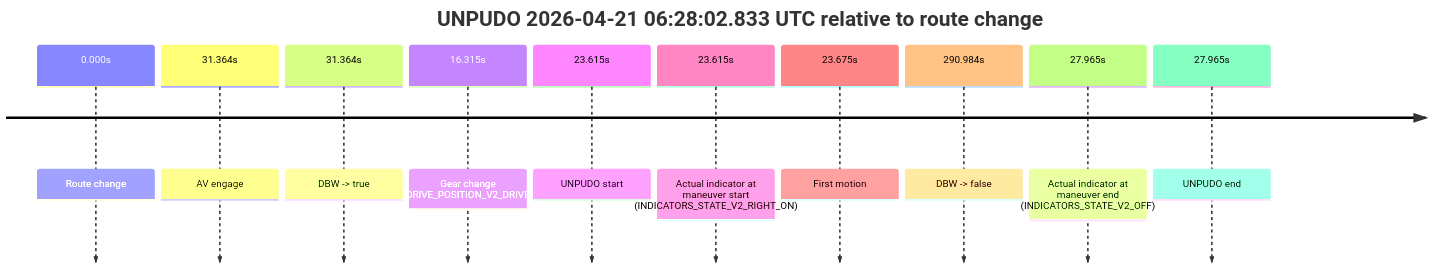
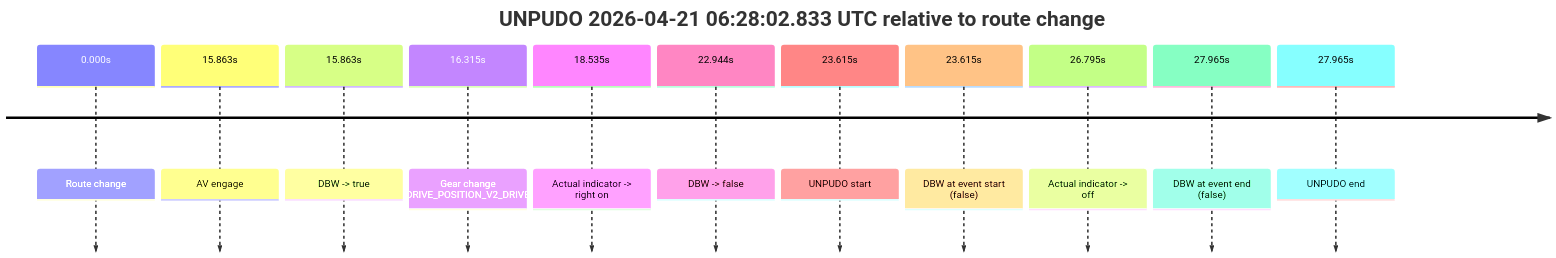
Before and after one commit to yoelshapiro/vault: the first of 4 diagrams in model_analysis/report_cards/2026/04/Week-4/fme20031--2026-04-21--06-19-02--gen2-av-be2ad99b-5967-471c-a413-80a21809f1a2.md, drawn with Mermaid. The commit also changed other lines of this file and 85 other files, not shown here.

````diff
--- a/model_analysis/report_cards/2026/04/Week-4/fme20031--2026-04-21--06-19-02--gen2-av-be2ad99b-5967-471c-a413-80a21809f1a2.md
+++ b/model_analysis/report_cards/2026/04/Week-4/fme20031--2026-04-21--06-19-02--gen2-av-be2ad99b-5967-471c-a413-80a21809f1a2.md
@@ -43,14 +44,15 @@
 ```mermaid
 timeline
     title UNPUDO 2026-04-21 06:28:02.833 UTC relative to route change
     0.000s : Route change
-    31.364s : AV engage
-    31.364s : DBW -> true
+    15.863s : AV engage
+    15.863s : DBW -> true
     16.315s : Gear change (DRIVE_POSITION_V2_DRIVE)
+    18.535s : Actual indicator -> right on
+    22.944s : DBW -> false
     23.615s : UNPUDO start
-    23.615s : Actual indicator at maneuver start (INDICATORS_STATE_V2_RIGHT_ON)
-    23.675s : First motion
-    290.984s : DBW -> false
-    27.965s : Actual indicator at maneuver end (INDICATORS_STATE_V2_OFF)
+    23.615s : DBW at event start (false)
+    26.795s : Actual indicator -> off
+    27.965s : DBW at event end (false)
     27.965s : UNPUDO end
 ```
````
